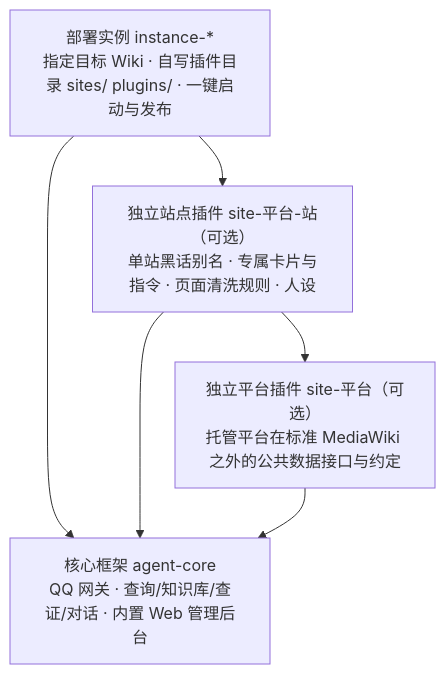
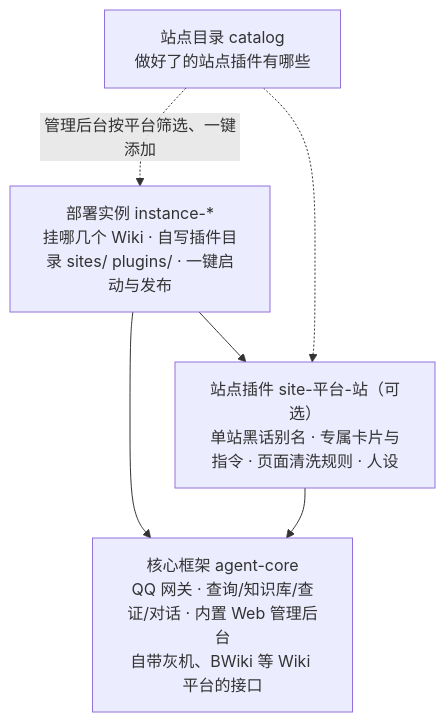
Before and after one commit to JianShanAgent/.github: the diagram in profile/README.md, drawn with Mermaid. The commit also changed other lines of this file, not shown here.

Commit message:
组织首页：仓库列表照现在的一层结构写，线上实例挂着灰机和 BWiki 两个 Wiki

````diff
--- a/profile/README.md
+++ b/profile/README.md
@@ -51,9 +51,9 @@
 ```mermaid
 flowchart TB
-    I["部署实例 instance-*<br>指定目标 Wiki · 自写插件目录 sites/ plugins/ · 一键启动与发布"]
-    I --> C["核心框架 agent-core<br>QQ 网关 · 查询/知识库/查证/对话 · 内置 Web 管理后台"]
-    I --> S["独立站点插件 site-平台-站（可选）<br>单站黑话别名 · 专属卡片与指令 · 页面清洗规则 · 人设"]
-    S --> P["独立平台插件 site-平台（可选）<br>托管平台在标准 MediaWiki 之外的公共数据接口与约定"]
+    I["部署实例 instance-*<br>挂哪几个 Wiki · 自写插件目录 sites/ plugins/ · 一键启动与发布"]
+    I --> C["核心框架 agent-core<br>QQ 网关 · 查询/知识库/查证/对话 · 内置 Web 管理后台<br>自带灰机、BWiki 等 Wiki 平台的接口"]
+    I --> S["站点插件 site-平台-站（可选）<br>单站黑话别名 · 专属卡片与指令 · 页面清洗规则 · 人设"]
     S --> C
-    P --> C
+    D["站点目录 catalog<br>做好了的站点插件有哪些"] -.管理后台按平台筛选、一键添加.-> I
+    D -.-> S
 ```
````
